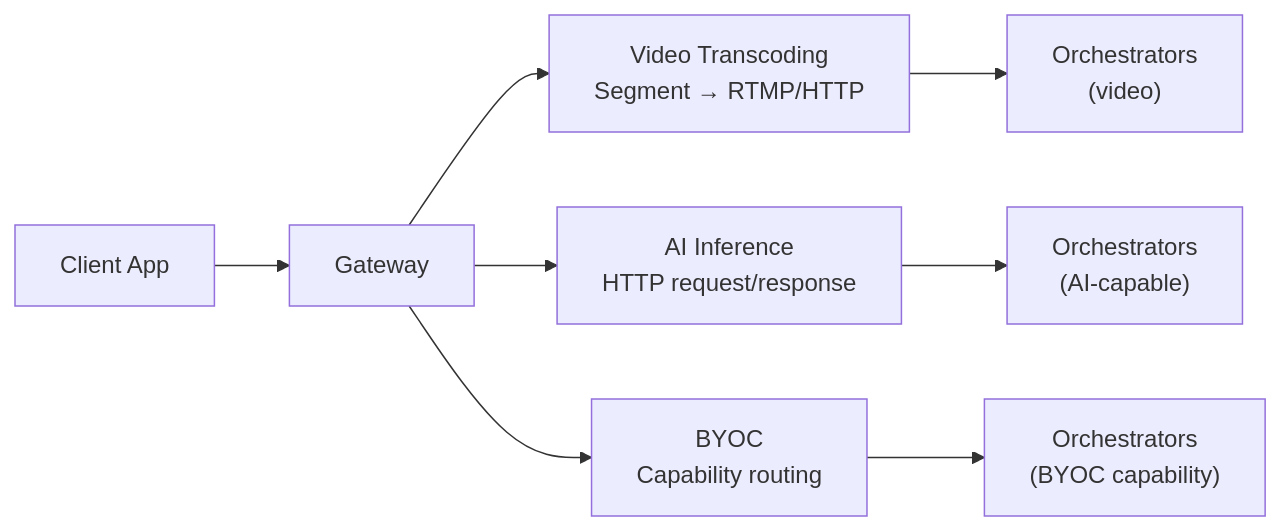
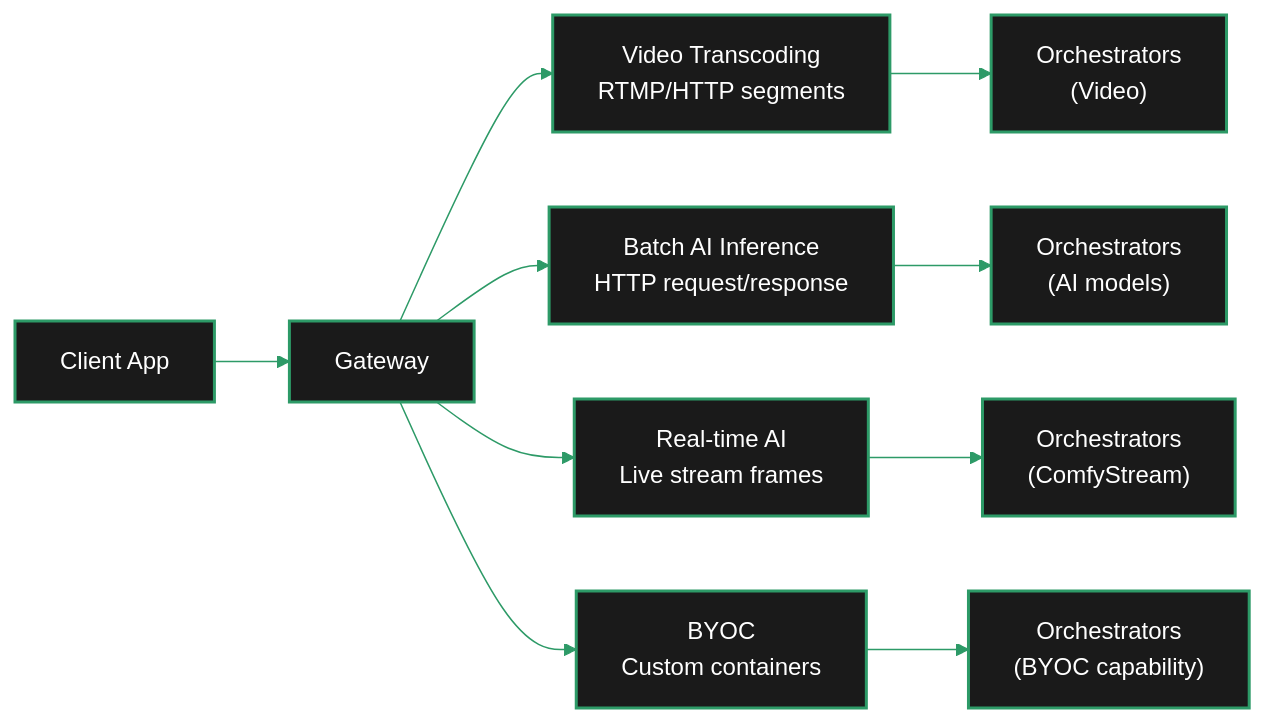
Before and after one commit to sidestream-tech/livepeer-docs: the diagram in v2/gateways/guides/node-pipelines/guide.mdx, drawn with Mermaid. The commit also changed other lines of this file and 5 other files, not shown here.

````diff
--- a/v2/gateways/guides/node-pipelines/guide.mdx
+++ b/v2/gateways/guides/node-pipelines/guide.mdx
@@ -71,10 +83,15 @@
 ```mermaid
+%%{init: {'theme': 'base', 'themeVariables': { 'primaryColor': '#1a1a1a', 'primaryTextColor': '#fff', 'primaryBorderColor': '#2d9a67', 'lineColor': '#2d9a67', 'secondaryColor': '#0d0d0d', 'tertiaryColor': '#1a1a1a', 'background': '#0d0d0d', 'fontFamily': 'system-ui' }}}%%
 flowchart LR
     A["Client App"] --> GW["Gateway"]
-    GW --> VT["Video Transcoding\nSegment → RTMP/HTTP"]
-    GW --> AI["AI Inference\nHTTP request/response"]
-    GW --> BC["BYOC\nCapability routing"]
-    VT --> OV["Orchestrators\n(video)"]
-    AI --> OA["Orchestrators\n(AI-capable)"]
-    BC --> OB["Orchestrators\n(BYOC capability)"]
+    GW --> VT["Video Transcoding <br/> RTMP/HTTP segments"]
+    GW --> AI["Batch AI Inference <br/> HTTP request/response"]
+    GW --> RT["Real-time AI <br/> Live stream frames"]
+    GW --> BC["BYOC <br/> Custom containers"]
+    VT --> OV["Orchestrators <br/> (Video)"]
+    AI --> OA["Orchestrators <br/> (AI models)"]
+    RT --> OR["Orchestrators <br/> (ComfyStream)"]
+    BC --> OB["Orchestrators <br/> (BYOC capability)"]
+
+    classDef default fill:#1a1a1a,color:#fff,stroke:#2d9a67,stroke-width:2px
 ```
````
